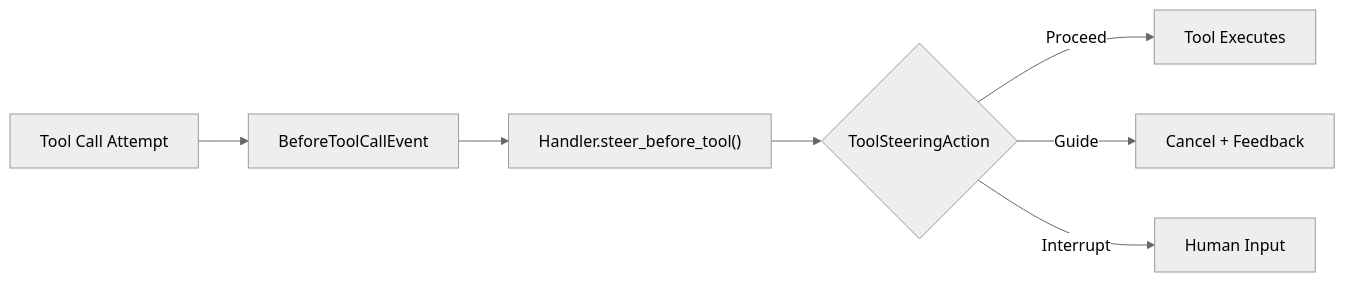
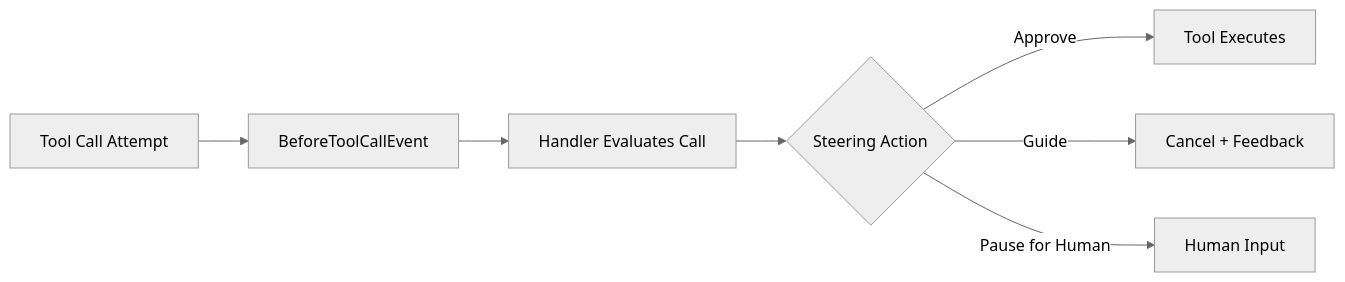
One commit to zastrowm/sdk-python changed the second of 4 diagrams in site/src/content/docs/user-guide/concepts/plugins/steering.mdx. Above: the diagram before and after it, drawn with Mermaid (neutral theme). The commit also changed other lines of this file and 10 other files, not shown here.

Commit message:
docs: TS steering; direct tool calls; preserveContext AgentNode (#858)

````diff
--- a/site/src/content/docs/user-guide/concepts/plugins/steering.mdx
+++ b/site/src/content/docs/user-guide/concepts/plugins/steering.mdx
@@ -41,9 +36,9 @@
 ```mermaid
 flowchart LR
     A[Tool Call Attempt] --> B[BeforeToolCallEvent]
-    B --> C["Handler.steer_before_tool()"]
-    C --> D{ToolSteeringAction}
-    D -->|Proceed| E[Tool Executes]
+    B --> C[Handler Evaluates Call]
+    C --> D{Steering Action}
+    D -->|Approve| E[Tool Executes]
     D -->|Guide| F[Cancel + Feedback]
-    D -->|Interrupt| G[Human Input]
+    D -->|Pause for Human| G[Human Input]
 ```
````
